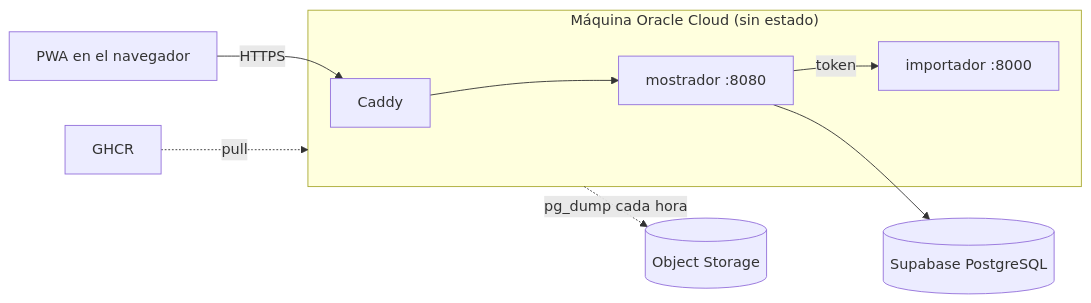
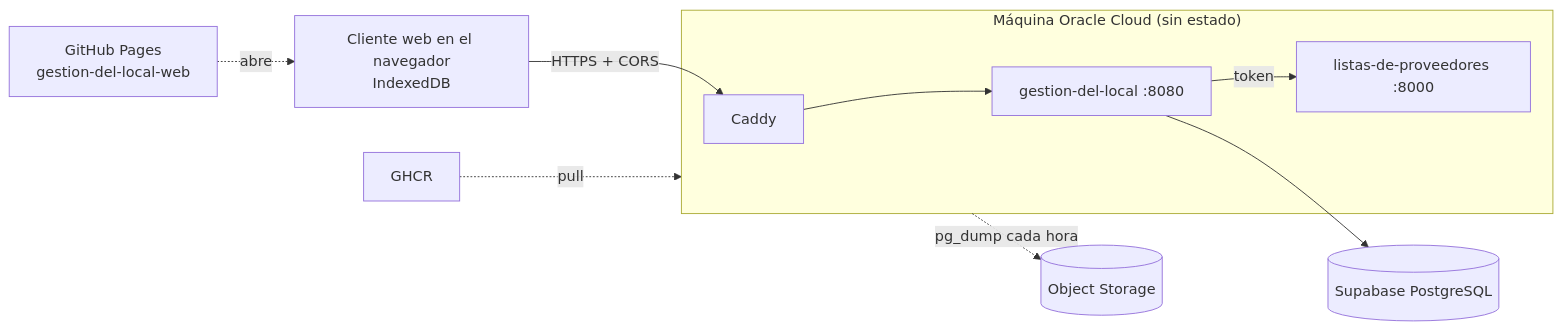
One commit to carlos-illobre/ferre changed the second of 2 diagrams in docs/ARCHITECTURE.md. Above: the diagram before and after it, drawn with Mermaid. The commit also changed other lines of this file and 84 other files, not shown here.

First line of the commit message:
Separar servicios, clientes y librerías con nombres de negocio; cliente web en GitHub Pages

````diff
--- a/docs/ARCHITECTURE.md
+++ b/docs/ARCHITECTURE.md
@@ -52,11 +54,12 @@
 ```mermaid
 flowchart LR
-    pwa["PWA en el navegador"] -- HTTPS --> caddy["Caddy"]
+    pages["GitHub Pages<br/>gestion-del-local-web"] -. "abre" .-> pwa["Cliente web en el navegador<br/>IndexedDB"]
+    pwa -- "HTTPS + CORS" --> caddy["Caddy"]
     subgraph oracle["Máquina Oracle Cloud (sin estado)"]
-        caddy --> mostrador["mostrador :8080"]
-        mostrador -- token --> importador["importador :8000"]
+        caddy --> gdl["gestion-del-local :8080"]
+        gdl -- token --> ldp["listas-de-proveedores :8000"]
     end
-    mostrador --> supabase[("Supabase PostgreSQL")]
+    gdl --> supabase[("Supabase PostgreSQL")]
     oracle -. "pg_dump cada hora" .-> objeto[("Object Storage")]
     ghcr["GHCR"] -. pull .-> oracle
 ```
````
